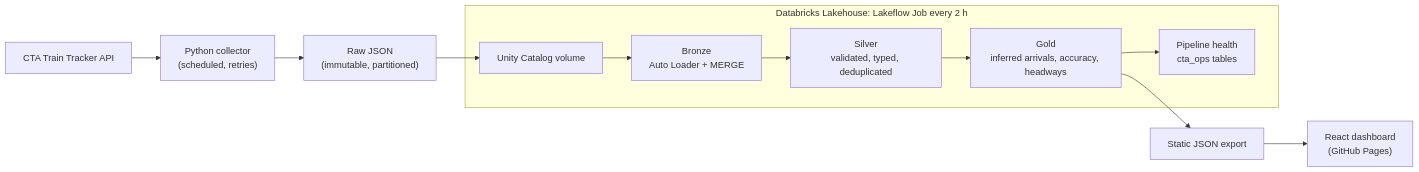
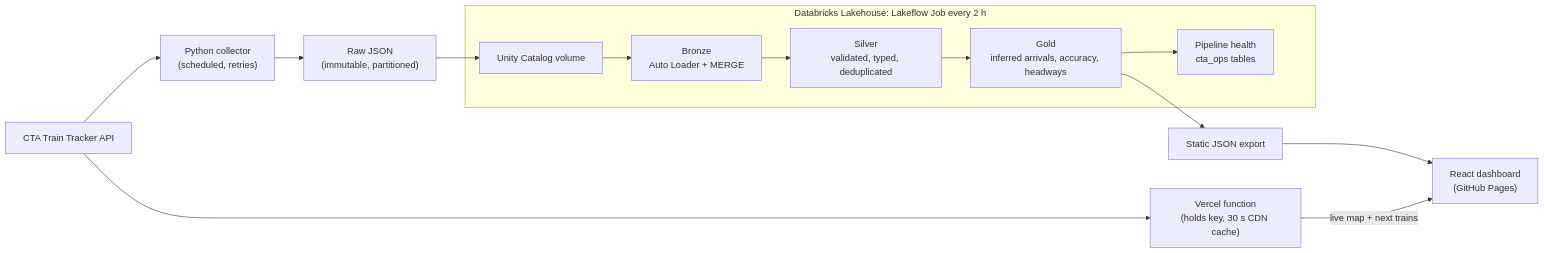
One commit to wheattthins/CTA-Transit-Intelligence-Platform changed the diagram in README.md. Above: the diagram before and after it, drawn with Mermaid. The commit also changed other lines of this file and 15 other files, not shown here.

First line of the commit message:
Show live train positions and predictions via a Vercel function

````diff
--- a/README.md
+++ b/README.md
@@ -33,14 +33,16 @@
 ```mermaid
 flowchart LR
     API["CTA Train Tracker API"] --> C["Python collector<br/>(scheduled, retries)"]
     C --> R["Raw JSON<br/>(immutable, partitioned)"]
     R --> V["Unity Catalog volume"]
     subgraph DB["Databricks Lakehouse: Lakeflow Job every 2 h"]
         V --> B["Bronze<br/>Auto Loader + MERGE"]
         B --> S["Silver<br/>validated, typed, deduplicated"]
         S --> G["Gold<br/>inferred arrivals, accuracy, headways"]
         G --> H["Pipeline health<br/>cta_ops tables"]
     end
     G --> E["Static JSON export"]
     E --> D["React dashboard<br/>(GitHub Pages)"]
+    API --> L["Vercel function<br/>(holds key, 30 s CDN cache)"]
+    L -->|live map + next trains| D
 ```
````
